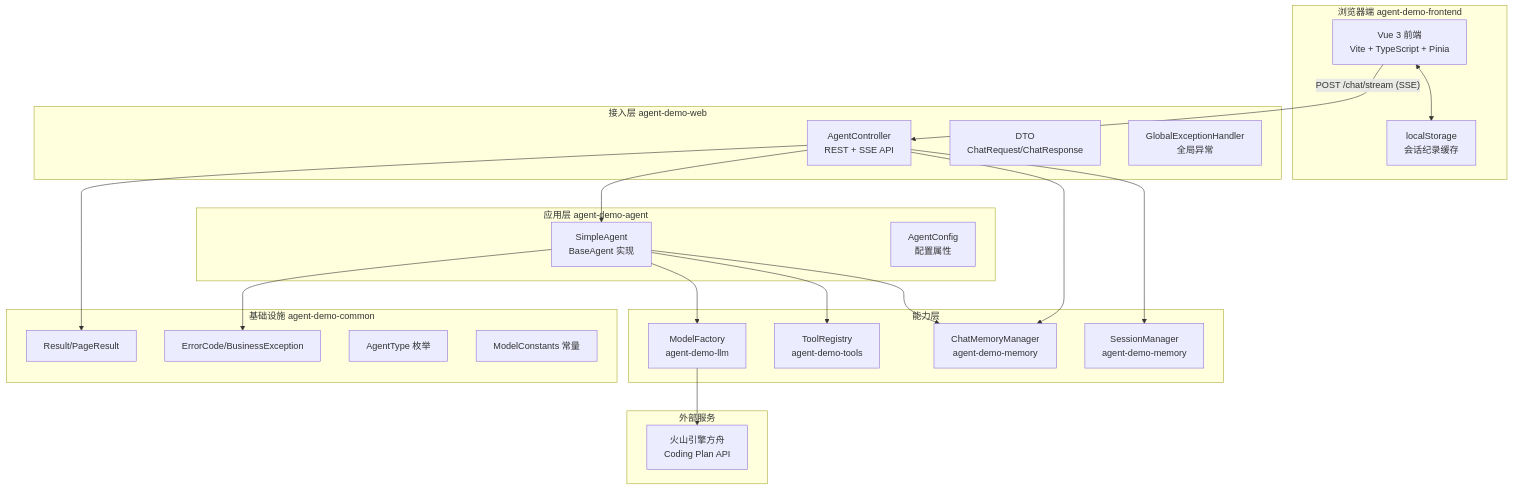
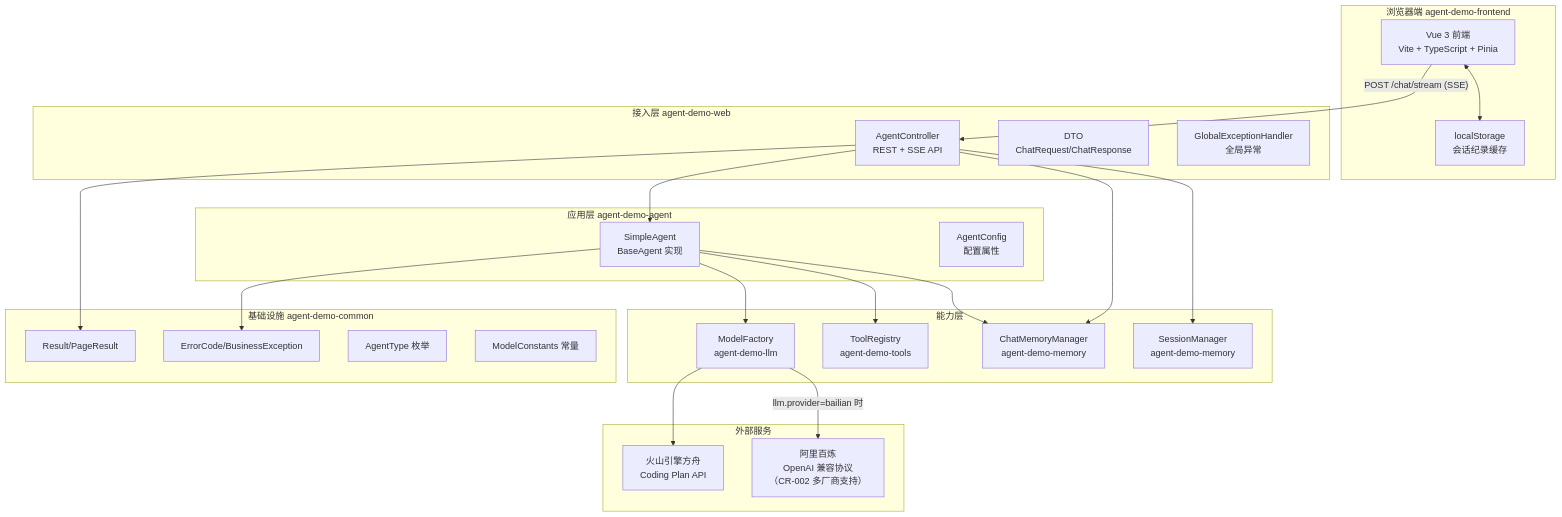
The third of 10 diagrams in specs/技术架构文档-TOGAF.md (zxchengQQ/agent_demo), drawn with Mermaid before and after one commit. The commit also changed other lines of this file and 65 other files, not shown here.

````diff
--- a/specs/技术架构文档-TOGAF.md
+++ b/specs/技术架构文档-TOGAF.md
@@ -107,48 +107,50 @@
 ```mermaid
 graph TB
     subgraph "浏览器端 agent-demo-frontend"
         VUE["Vue 3 前端<br/>Vite + TypeScript + Pinia"]
         LS["localStorage<br/>会话纪录缓存"]
         VUE <--> LS
     end
 
     subgraph "接入层 agent-demo-web"
         CTL["AgentController<br/>REST + SSE API"]
         DTO["DTO<br/>ChatRequest/ChatResponse"]
         EXC["GlobalExceptionHandler<br/>全局异常"]
     end
 
     subgraph "应用层 agent-demo-agent"
         AGT["SimpleAgent<br/>BaseAgent 实现"]
         CFG["AgentConfig<br/>配置属性"]
     end
 
     subgraph "能力层"
         LLM["ModelFactory<br/>agent-demo-llm"]
         TOOL["ToolRegistry<br/>agent-demo-tools"]
         MEM["ChatMemoryManager<br/>agent-demo-memory"]
         SES["SessionManager<br/>agent-demo-memory"]
     end
 
     subgraph "外部服务"
         ARK["火山引擎方舟<br/>Coding Plan API"]
+        BL["阿里百炼<br/>OpenAI 兼容协议<br/>（CR-002 多厂商支持）"]
     end
 
     subgraph "基础设施 agent-demo-common"
         RES["Result/PageResult"]
         ERR["ErrorCode/BusinessException"]
         ENM["AgentType 枚举"]
         CST["ModelConstants 常量"]
     end
 
     VUE -- "POST /chat/stream (SSE)" --> CTL
     CTL --> AGT
     CTL --> SES
     CTL --> MEM
     AGT --> LLM
     AGT --> TOOL
     AGT --> MEM
     LLM --> ARK
+    LLM -->|llm.provider=bailian 时| BL
     CTL --> RES
     AGT --> ERR
 ```
````
